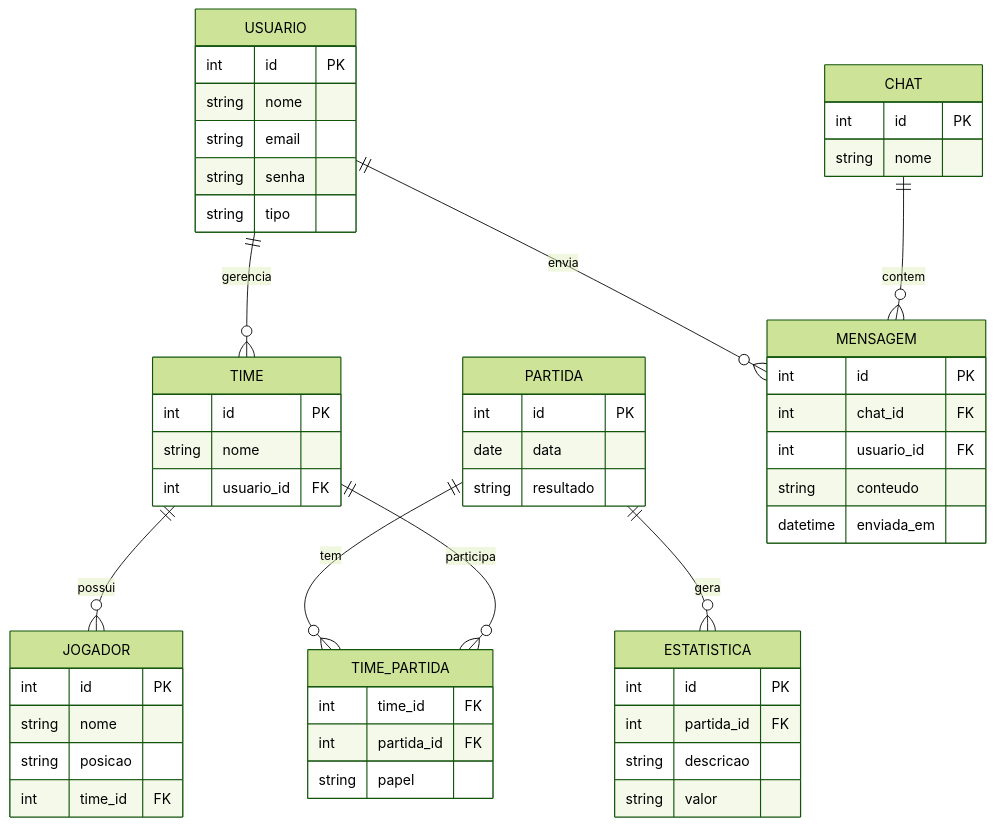
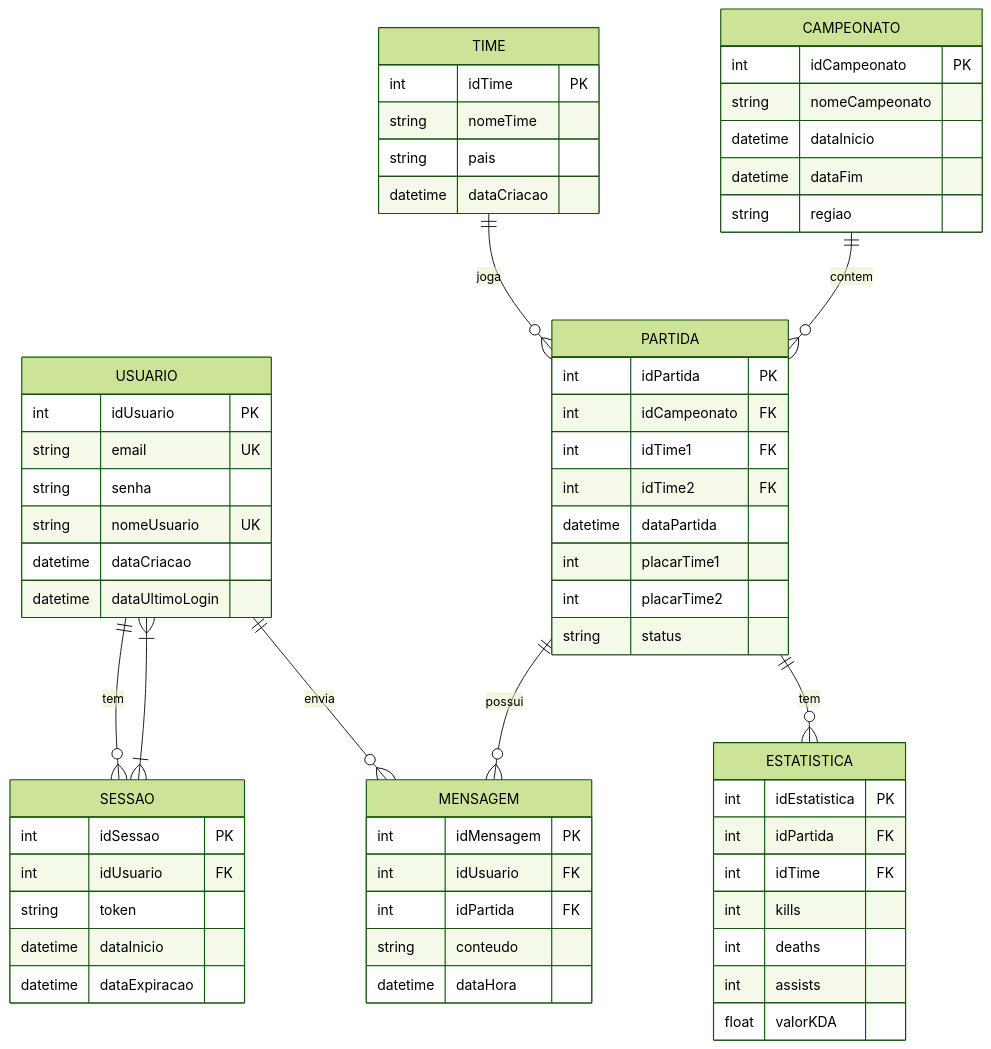
One commit to FoolishOrange/plataforma-de-estatistica-de-esportes changed the diagram in docs/spec.md. Above: the diagram before and after it, drawn with Mermaid (forest theme).

````diff
--- a/docs/spec.md
+++ b/docs/spec.md
@@ -9,63 +9,72 @@
 ```mermaid
 erDiagram
-    USUARIO {
-        int id PK
-        string nome
-        string email
-        string senha
-        string tipo
-    }
+	direction TB
+	USUARIO {
+		int idUsuario PK ""  
+		string email UK ""  
+		string senha  ""  
+		string nomeUsuario UK ""  
+		datetime dataCriacao  ""  
+		datetime dataUltimoLogin  ""  
+	}
 
-    TIME {
-        int id PK
-        string nome
-        int usuario_id FK
-    }
+	SESSAO {
+		int idSessao PK ""  
+		int idUsuario FK ""  
+		string token  ""  
+		datetime dataInicio  ""  
+		datetime dataExpiracao  ""  
+	}
 
-    JOGADOR {
-        int id PK
-        string nome
-        string posicao
-        int time_id FK
-    }
+	MENSAGEM {
+		int idMensagem PK ""  
+		int idUsuario FK ""  
+		int idPartida FK ""  
+		string conteudo  ""  
+		datetime dataHora  ""  
+	}
 
-    PARTIDA {
-        int id PK
-        date data
-        string resultado
-    }
+	PARTIDA {
+		int idPartida PK ""  
+		int idCampeonato FK ""  
+		int idTime1 FK ""  
+		int idTime2 FK ""  
+		datetime dataPartida  ""  
+		int placarTime1  ""  
+		int placarTime2  ""  
+		string status  ""  
+	}
 
-    TIME_PARTIDA {
-        int time_id FK
-        int partida_id FK
-        string papel
-    }
+	ESTATISTICA {
+		int idEstatistica PK ""  
+		int idPartida FK ""  
+		int idTime FK ""  
+		int kills  ""  
+		int deaths  ""  
+		int assists  ""  
+		float valorKDA  ""  
+	}
 
-    ESTATISTICA {
-        int id PK
-        int partida_id FK
-        string descricao
-        string valor
-    }
+	TIME {
+		int idTime PK ""  
+		string nomeTime  ""  
+		string pais  ""  
+		datetime dataCriacao  ""  
+	}
 
-    CHAT {
-        int id PK
-        string nome
-    }
+	CAMPEONATO {
+		int idCampeonato PK ""  
+		string nomeCampeonato  ""  
+		datetime dataInicio  ""  
+		datetime dataFim  ""  
+		string regiao  ""  
+	}
 
-    MENSAGEM {
-        int id PK
-        int chat_id FK
-        int usuario_id FK
-        string conteudo
-        datetime enviada_em
-    }
-
-    USUARIO ||--o{ MENSAGEM : "envia"
-    TIME ||--o{ JOGADOR : "possui"
-    PARTIDA ||--o{ TIME_PARTIDA : "tem"
-    TIME ||--o{ TIME_PARTIDA : "participa"
-    PARTIDA ||--o{ ESTATISTICA : "gera"
-    CHAT ||--o{ MENSAGEM : "contem"
-    USUARIO ||--o{ TIME : "gerencia"
+	USUARIO||--o{SESSAO:"tem"
+	USUARIO||--o{MENSAGEM:"envia"
+	PARTIDA||--o{MENSAGEM:"possui"
+	PARTIDA||--o{ESTATISTICA:"tem"
+	TIME||--o{PARTIDA:"joga"
+	CAMPEONATO||--o{PARTIDA:"contem"
+	USUARIO}|--|{SESSAO:"  "
 ```
````
